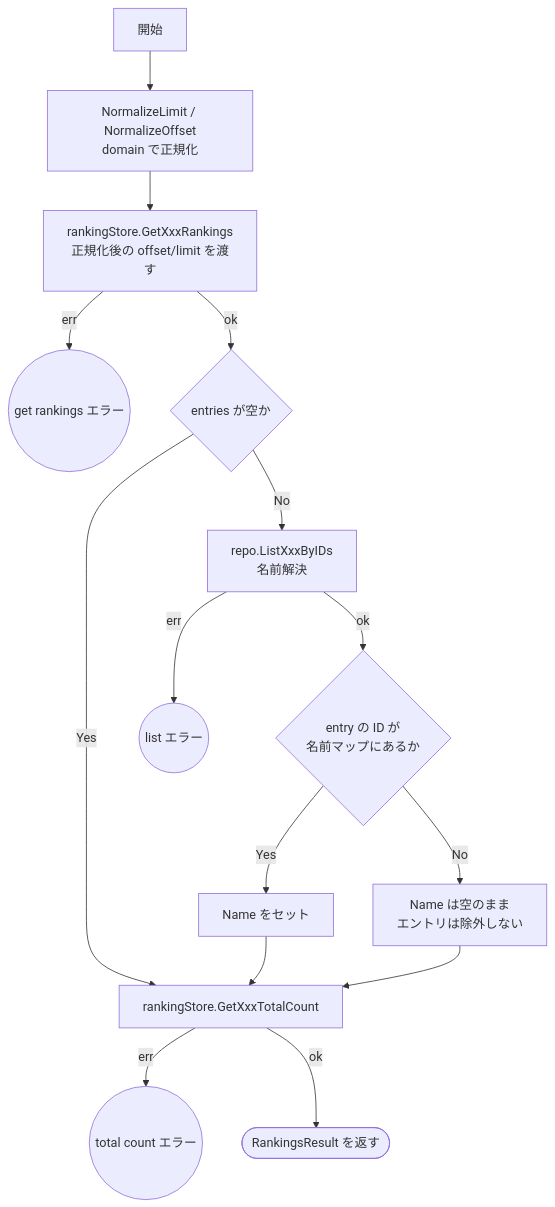
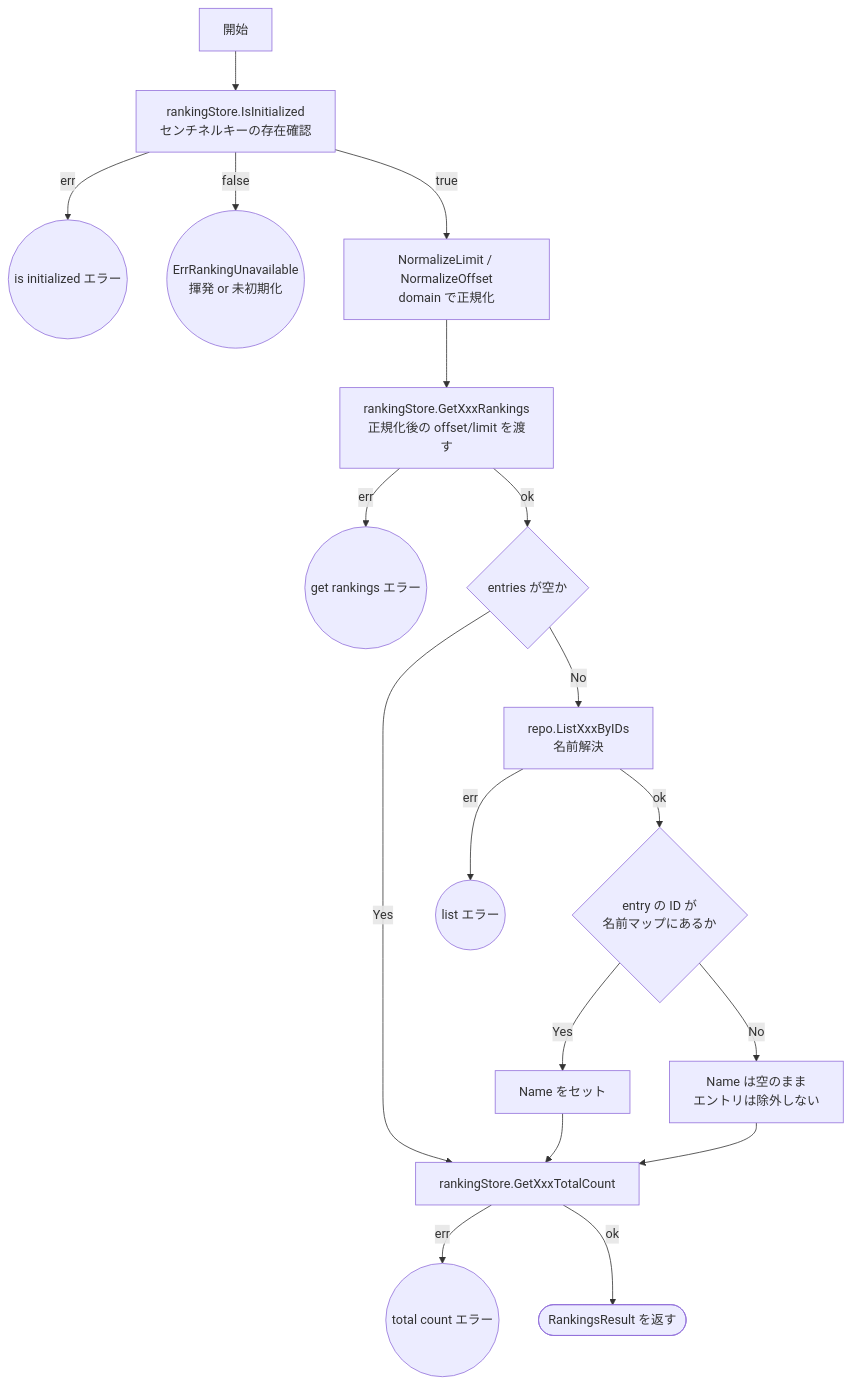
The first of 3 diagrams in docs/testing/ranking.md (uchidas-rogue/game-api-sample), drawn with Mermaid before and after one commit. The commit also changed other lines of this file and 17 other files, not shown here.

````diff
--- a/docs/testing/ranking.md
+++ b/docs/testing/ranking.md
@@ -22,17 +51,20 @@
 ```mermaid
 flowchart TD
-    A[開始] --> B[NormalizeLimit / NormalizeOffset<br/>domain で正規化]
+    A[開始] --> I[rankingStore.IsInitialized<br/>センチネルキーの存在確認]
+    I -- err --> E4((is initialized エラー))
+    I -- false --> E5((ErrRankingUnavailable<br/>揮発 or 未初期化))
+    I -- true --> B[NormalizeLimit / NormalizeOffset<br/>domain で正規化]
     B --> C[rankingStore.GetXxxRankings<br/>正規化後の offset/limit を渡す]
     C -- err --> E1((get rankings エラー))
     C -- ok --> D{entries が空か}
     D -- Yes --> F[rankingStore.GetXxxTotalCount]
     D -- No --> G[repo.ListXxxByIDs<br/>名前解決]
     G -- err --> E2((list エラー))
     G -- ok --> H{entry の ID が<br/>名前マップにあるか}
     H -- Yes --> H2[Name をセット]
     H -- No --> H3[Name は空のまま<br/>エントリは除外しない]
     H2 --> F
     H3 --> F
     F -- err --> E3((total count エラー))
     F -- ok --> Z([RankingsResult を返す])
 ```
````
